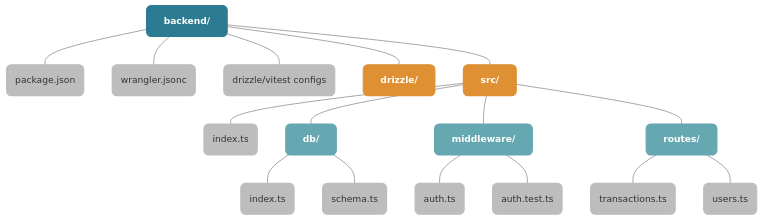
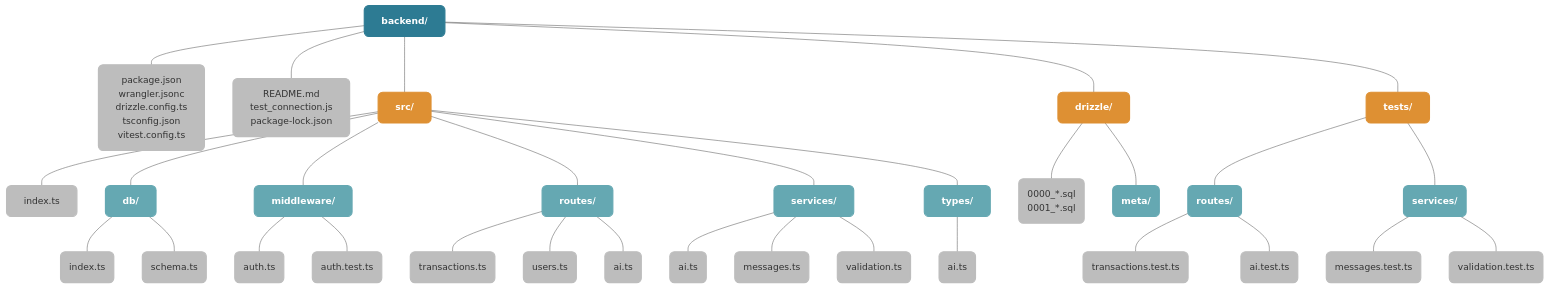
The diagram in docs/backend_structure.md (newsupernova0617/FastSaaS02_Track01_1), drawn with Mermaid (neutral theme) before and after one commit. The commit also changed other lines of this file and 1 other file, not shown here.

Commit message:
Update backend_architecture.md & backend_structure.md

````diff
--- a/docs/backend_structure.md
+++ b/docs/backend_structure.md
@@ -5,46 +11,53 @@
 ```mermaid
 graph TD
-    %% Base Folder
     Backend["backend/"]
 
-    %% Root Files
-    Backend --- PkgJson("package.json")
-    Backend --- Wrangler("wrangler.jsonc")
-    Backend --- Configs("drizzle/vitest configs")
-
-    %% Roots Level Subfolders (Level 1)
+    Backend --- RootConfig["package.json<br/>wrangler.jsonc<br/>drizzle.config.ts<br/>tsconfig.json<br/>vitest.config.ts"]
+    Backend --- RootEtc["README.md<br/>test_connection.js<br/>package-lock.json"]
     Backend --- Drizzle["drizzle/"]
     Backend --- Src["src/"]
-    
-    %% Src Files
-    Src --- SrcIndex("index.ts")
-    
-    %% Sub Folders (Level 2)
+    Backend --- Tests["tests/"]
+
+    Src --- Index["index.ts"]
     Src --- Db["db/"]
     Src --- Middleware["middleware/"]
     Src --- Routes["routes/"]
-    
-    %% Db Files
+    Src --- Services["services/"]
+    Src --- Types["types/"]
+
     Db --- DbIndex("index.ts")
     Db --- DbSchema("schema.ts")
 
-    %% Middleware Files
-    Middleware --- MidAuth("auth.ts")
-    Middleware --- MidAuthTest("auth.test.ts")
-    
-    %% Routes Files
-    Routes --- RoutesTx("transactions.ts")
-    Routes --- RoutesUser("users.ts")
+    Middleware --- Auth("auth.ts")
+    Middleware --- AuthTest("auth.test.ts")
 
-    %% 스타일 정의 (이미지와 유사한 배색 적용)
+    Routes --- TxRoute("transactions.ts")
+    Routes --- UserRoute("users.ts")
+    Routes --- AIRoute("ai.ts")
+
+    Services --- AISvc("ai.ts")
+    Services --- Messages("messages.ts")
+    Services --- Validation("validation.ts")
+
+    Types --- AITypes("ai.ts")
+
+    Drizzle --- SqlFiles("0000_*.sql<br/>0001_*.sql")
+    Drizzle --- Meta("meta/")
+
+    Tests --- RouteTests("routes/")
+    Tests --- ServiceTests("services/")
+    RouteTests --- RouteTxTest("transactions.test.ts")
+    RouteTests --- RouteAITest("ai.test.ts")
+    ServiceTests --- MsgTest("messages.test.ts")
+    ServiceTests --- ValTest("validation.test.ts")
+
     classDef mainFolder fill:#2D7B93,stroke:#2D7B93,stroke-width:2px,color:#fff,rx:8px,ry:8px,font-weight:bold;
     classDef folder fill:#DE9033,stroke:#DE9033,stroke-width:2px,color:#fff,rx:8px,ry:8px,font-weight:bold;
     classDef subFolder fill:#65A8B2,stroke:#65A8B2,stroke-width:2px,color:#fff,rx:8px,ry:8px,font-weight:bold;
     classDef file fill:#BDBDBD,stroke:#BDBDBD,stroke-width:2px,color:#333,rx:8px,ry:8px;
 
-    %% 각 노드별 스타일 할당
     class Backend mainFolder;
-    class Drizzle,Src folder;
-    class Db,Middleware,Routes subFolder;
-    class PkgJson,Wrangler,Configs,SrcIndex,DbIndex,DbSchema,MidAuth,MidAuthTest,RoutesTx,RoutesUser file;
+    class Drizzle,Src,Tests folder;
+    class Db,Middleware,Routes,Services,Types,RouteTests,ServiceTests,Meta subFolder;
+    class RootConfig,RootEtc,Index,DbIndex,DbSchema,Auth,AuthTest,TxRoute,UserRoute,AIRoute,AISvc,Messages,Validation,AITypes,SqlFiles,RouteTxTest,RouteAITest,MsgTest,ValTest file;
 ```
````
